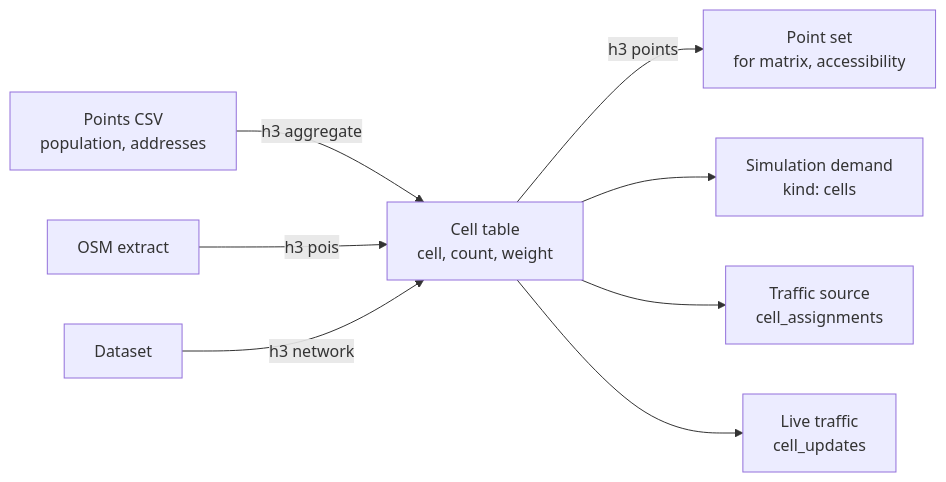
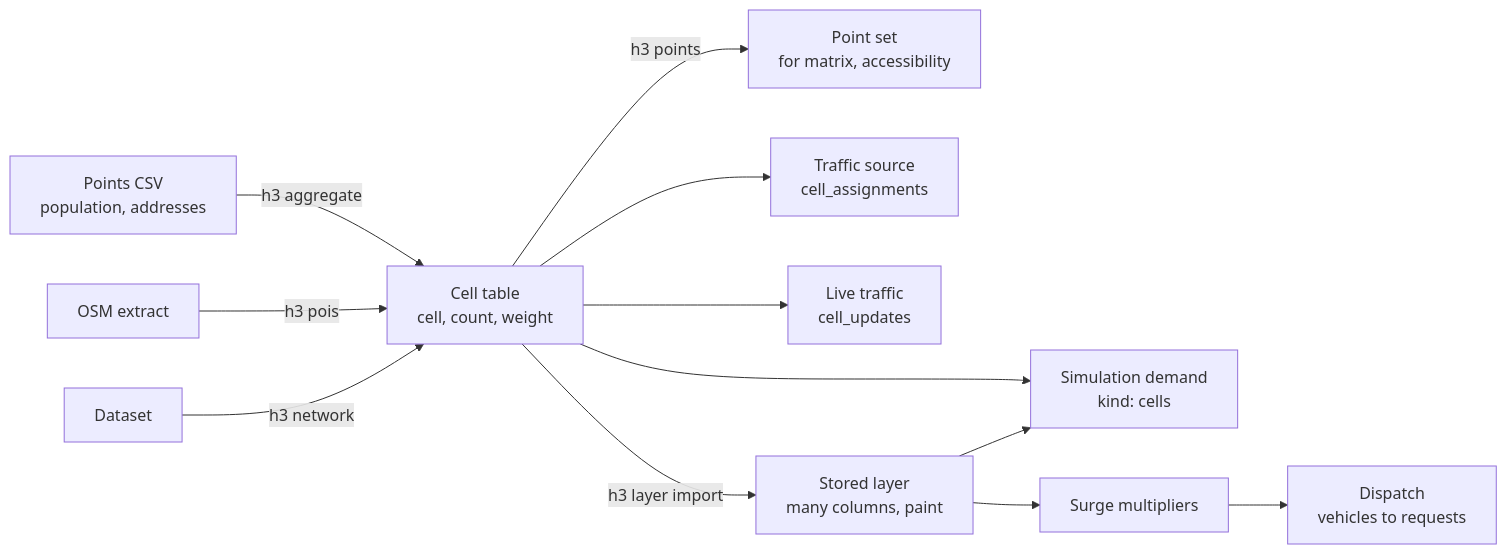
One commit to elqniemi/netweevil changed the diagram in docs/guides/h3-cells.md. Above: the diagram before and after it, drawn with Mermaid. The commit also changed other lines of this file and 51 other files, not shown here.

````diff
--- a/docs/guides/h3-cells.md
+++ b/docs/guides/h3-cells.md
@@ -19,10 +19,14 @@
 ```mermaid
 flowchart LR
     P[Points CSV<br/>population, addresses] -->|h3 aggregate| C[Cell table<br/>cell, count, weight]
     O[OSM extract] -->|h3 pois| C
     D[Dataset] -->|h3 network| C
     C -->|h3 points| A[Point set<br/>for matrix, accessibility]
     C --> S[Simulation demand<br/>kind: cells]
     C --> T[Traffic source<br/>cell_assignments]
     C --> L[Live traffic<br/>cell_updates]
+    C -->|h3 layer import| Y[Stored layer<br/>many columns, paint]
+    Y --> U[Surge multipliers]
+    Y --> S
+    U --> X[Dispatch<br/>vehicles to requests]
 ```
````
